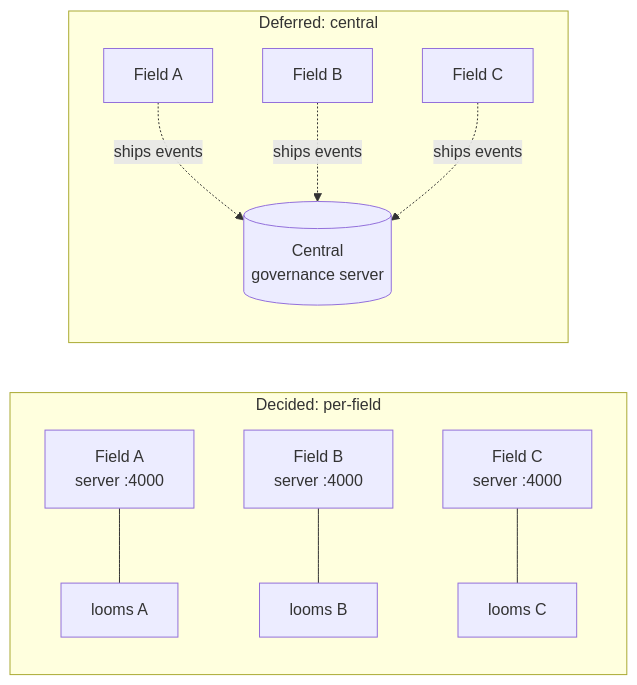
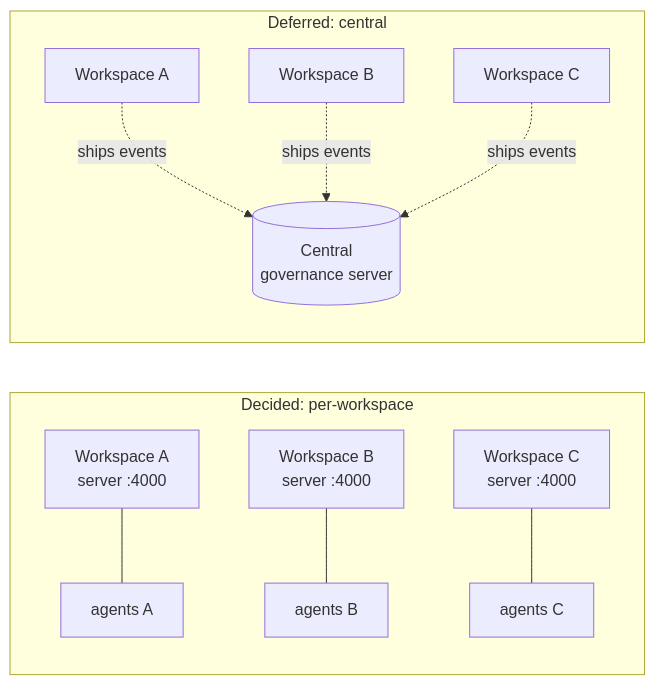
One commit to ejbrahms/Windrow changed the diagram in docs/design/deployment-boundary-decision.md. Above: the diagram before and after it, drawn with Mermaid. The commit also changed other lines of this file and 39 other files, not shown here.

````diff
--- a/docs/design/deployment-boundary-decision.md
+++ b/docs/design/deployment-boundary-decision.md
@@ -90,14 +90,14 @@
 ```mermaid
 flowchart LR
-  subgraph Today[Decided: per-field]
-    F1[Field A\nserver :4000] --- L1[looms A]
-    F2[Field B\nserver :4000] --- L2[looms B]
-    F3[Field C\nserver :4000] --- L3[looms C]
+  subgraph Today[Decided: per-workspace]
+    F1[Workspace A\nserver :4000] --- L1[agents A]
+    F2[Workspace B\nserver :4000] --- L2[agents B]
+    F3[Workspace C\nserver :4000] --- L3[agents C]
   end
   subgraph Later[Deferred: central]
     C[(Central\ngovernance server)]
-    G1[Field A] -.->|ships events| C
-    G2[Field B] -.->|ships events| C
-    G3[Field C] -.->|ships events| C
+    G1[Workspace A] -.->|ships events| C
+    G2[Workspace B] -.->|ships events| C
+    G3[Workspace C] -.->|ships events| C
   end
 ```
````
